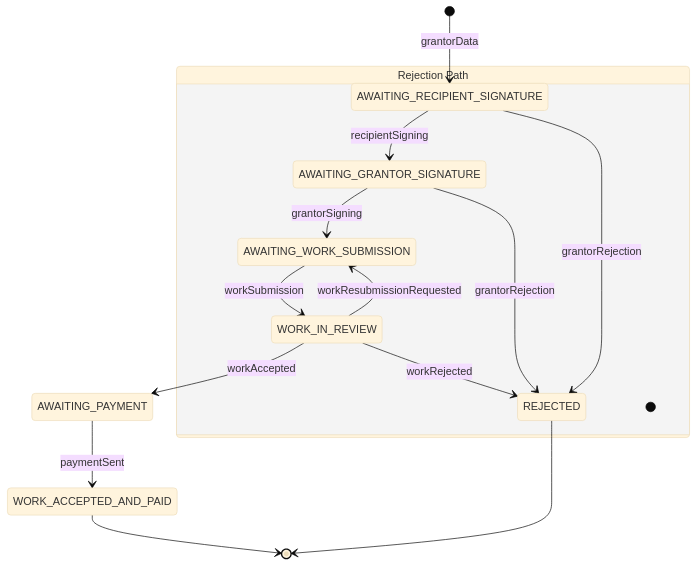
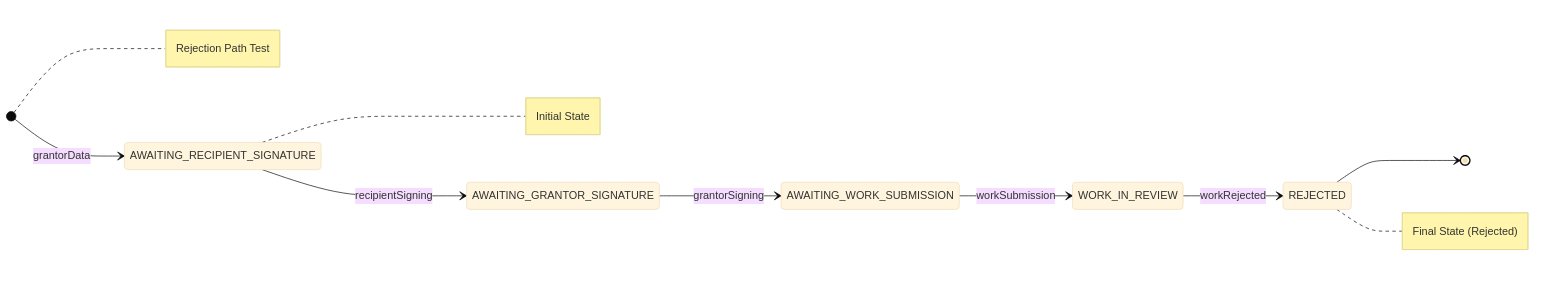
Before and after one commit to Consensys-Network-State/signet-execution-prototype: the third of 5 diagrams in lua-actor/src/dfsm-with-tx.md, drawn with Mermaid (base theme). The commit also changed other lines of this file, not shown here.

Commit message:
Trying new syntax for mermaid

````diff
--- a/lua-actor/src/dfsm-with-tx.md
+++ b/lua-actor/src/dfsm-with-tx.md
@@ -75,31 +40,14 @@
 ```mermaid
 stateDiagram-v2
-    state "Rejection Path" as rejectPath
+    direction LR
     [*] --> AWAITING_RECIPIENT_SIGNATURE: grantorData
+    AWAITING_RECIPIENT_SIGNATURE --> AWAITING_GRANTOR_SIGNATURE: recipientSigning
+    AWAITING_GRANTOR_SIGNATURE --> AWAITING_WORK_SUBMISSION: grantorSigning
+    AWAITING_WORK_SUBMISSION --> WORK_IN_REVIEW: workSubmission
+    WORK_IN_REVIEW --> REJECTED: workRejected
+    REJECTED --> [*]
     
-    AWAITING_RECIPIENT_SIGNATURE --> AWAITING_GRANTOR_SIGNATURE: recipientSigning
-    AWAITING_RECIPIENT_SIGNATURE --> REJECTED: grantorRejection
-    
-    AWAITING_GRANTOR_SIGNATURE --> AWAITING_WORK_SUBMISSION: grantorSigning
-    AWAITING_GRANTOR_SIGNATURE --> REJECTED: grantorRejection
-    
-    AWAITING_WORK_SUBMISSION --> WORK_IN_REVIEW: workSubmission
-    
-    WORK_IN_REVIEW --> AWAITING_WORK_SUBMISSION: workResubmissionRequested
-    WORK_IN_REVIEW --> AWAITING_PAYMENT: workAccepted
-    WORK_IN_REVIEW --> REJECTED: workRejected
-    
-    AWAITING_PAYMENT --> WORK_ACCEPTED_AND_PAID: paymentSent
-    
-    WORK_ACCEPTED_AND_PAID --> [*]
-    REJECTED --> [*]
-
-    state rejectPath {
-        [*]
-        AWAITING_RECIPIENT_SIGNATURE
-        AWAITING_GRANTOR_SIGNATURE
-        AWAITING_WORK_SUBMISSION
-        WORK_IN_REVIEW
-        REJECTED
-    }
+    note right of [*]: Rejection Path Test
+    note right of AWAITING_RECIPIENT_SIGNATURE: Initial State
+    note right of REJECTED: Final State (Rejected)
 ```
````
